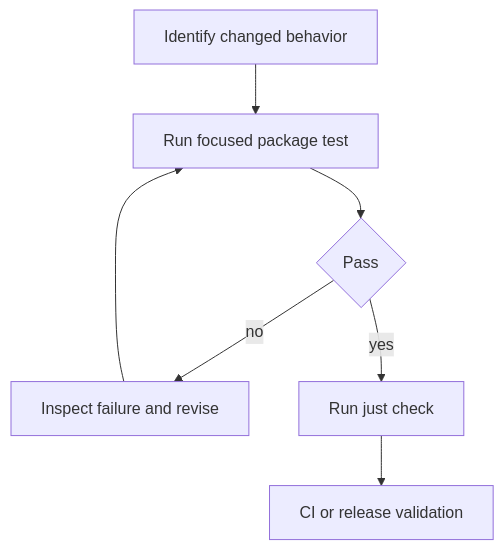
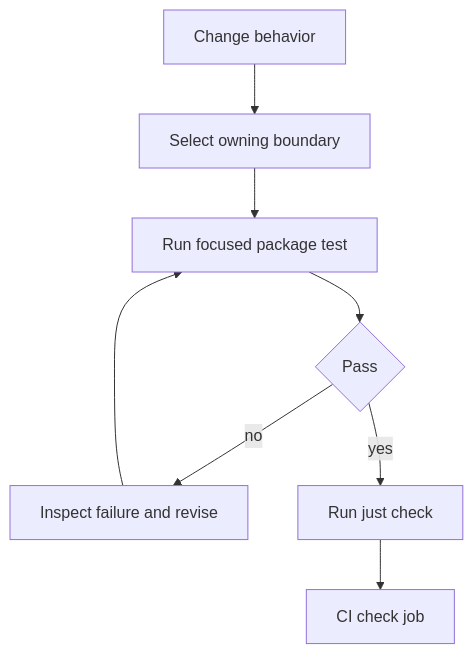
Before and after one commit to nicksenap/grove: the diagram in openwiki/testing.md, drawn with Mermaid. The commit also changed other lines of this file and 10 other files, not shown here.

````diff
--- a/openwiki/testing.md
+++ b/openwiki/testing.md
@@ -77,9 +57,10 @@
 ```mermaid
 flowchart TD
-    change["Identify changed behavior"] --> focused["Run focused package test"]
-    focused --> decision{"Pass"}
-    decision -->|"no"| fix["Inspect failure and revise"]
+    change["Change behavior"] --> owner["Select owning boundary"]
+    owner --> focused["Run focused package test"]
+    focused --> pass{"Pass"}
+    pass -->|"no"| fix["Inspect failure and revise"]
     fix --> focused
-    decision -->|"yes"| gate["Run just check"]
-    gate --> ci["CI or release validation"]
+    pass -->|"yes"| gate["Run just check"]
+    gate --> ci["CI check job"]
 ```
````
